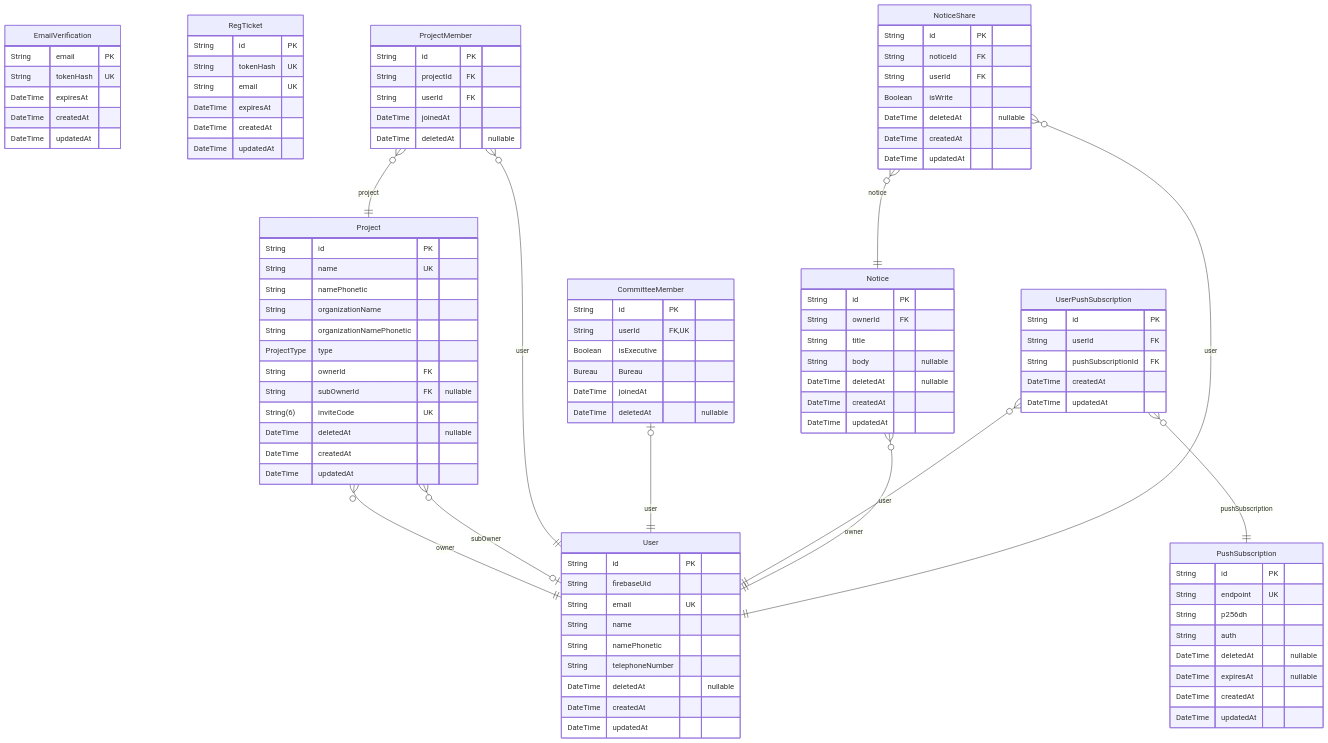
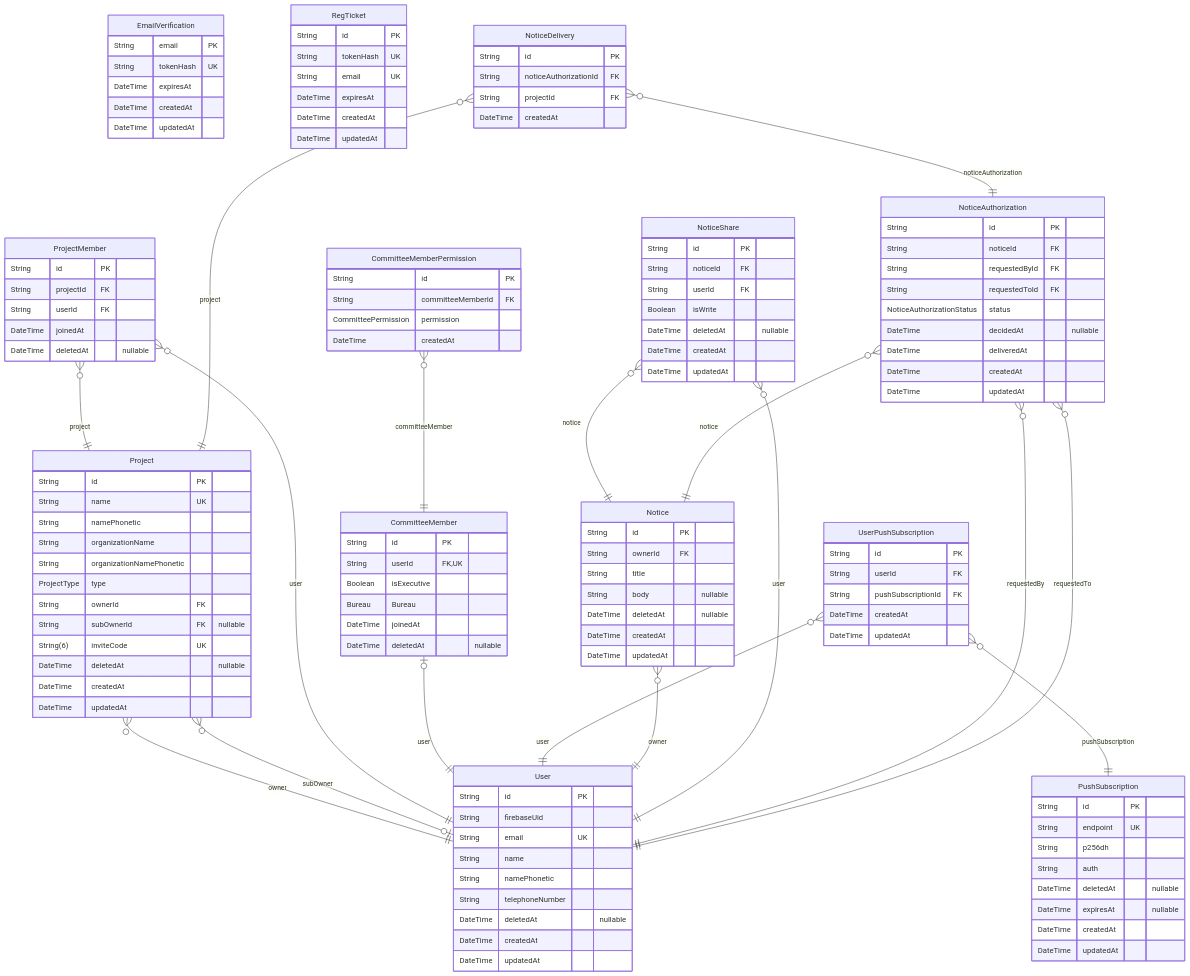
The diagram in apps/api/prisma/ERD.md (sohosai/sos26), drawn with Mermaid before and after one commit. The commit also changed other lines of this file and 1 other file, not shown here.

````diff
--- a/apps/api/prisma/ERD.md
+++ b/apps/api/prisma/ERD.md
@@ -63,6 +63,12 @@
   DateTime joinedAt
   DateTime deletedAt "nullable"
 }
+"CommitteeMemberPermission" {
+  String id PK
+  String committeeMemberId FK
+  CommitteePermission permission
+  DateTime createdAt
+}
 "PushSubscription" {
   String id PK
   String endpoint UK
@@ -98,14 +104,37 @@
   DateTime createdAt
   DateTime updatedAt
 }
+"NoticeAuthorization" {
+  String id PK
+  String noticeId FK
+  String requestedById FK
+  String requestedToId FK
+  NoticeAuthorizationStatus status
+  DateTime decidedAt "nullable"
+  DateTime deliveredAt
+  DateTime createdAt
+  DateTime updatedAt
+}
+"NoticeDelivery" {
+  String id PK
+  String noticeAuthorizationId FK
+  String projectId FK
+  DateTime createdAt
+}
 "Project" }o--|| "User" : owner
 "Project" }o--o| "User" : subOwner
 "ProjectMember" }o--|| "Project" : project
 "ProjectMember" }o--|| "User" : user
 "CommitteeMember" |o--|| "User" : user
+"CommitteeMemberPermission" }o--|| "CommitteeMember" : committeeMember
 "UserPushSubscription" }o--|| "User" : user
 "UserPushSubscription" }o--|| "PushSubscription" : pushSubscription
 "Notice" }o--|| "User" : owner
 "NoticeShare" }o--|| "Notice" : notice
 "NoticeShare" }o--|| "User" : user
+"NoticeAuthorization" }o--|| "Notice" : notice
+"NoticeAuthorization" }o--|| "User" : requestedBy
+"NoticeAuthorization" }o--|| "User" : requestedTo
+"NoticeDelivery" }o--|| "NoticeAuthorization" : noticeAuthorization
+"NoticeDelivery" }o--|| "Project" : project
 ```
````
